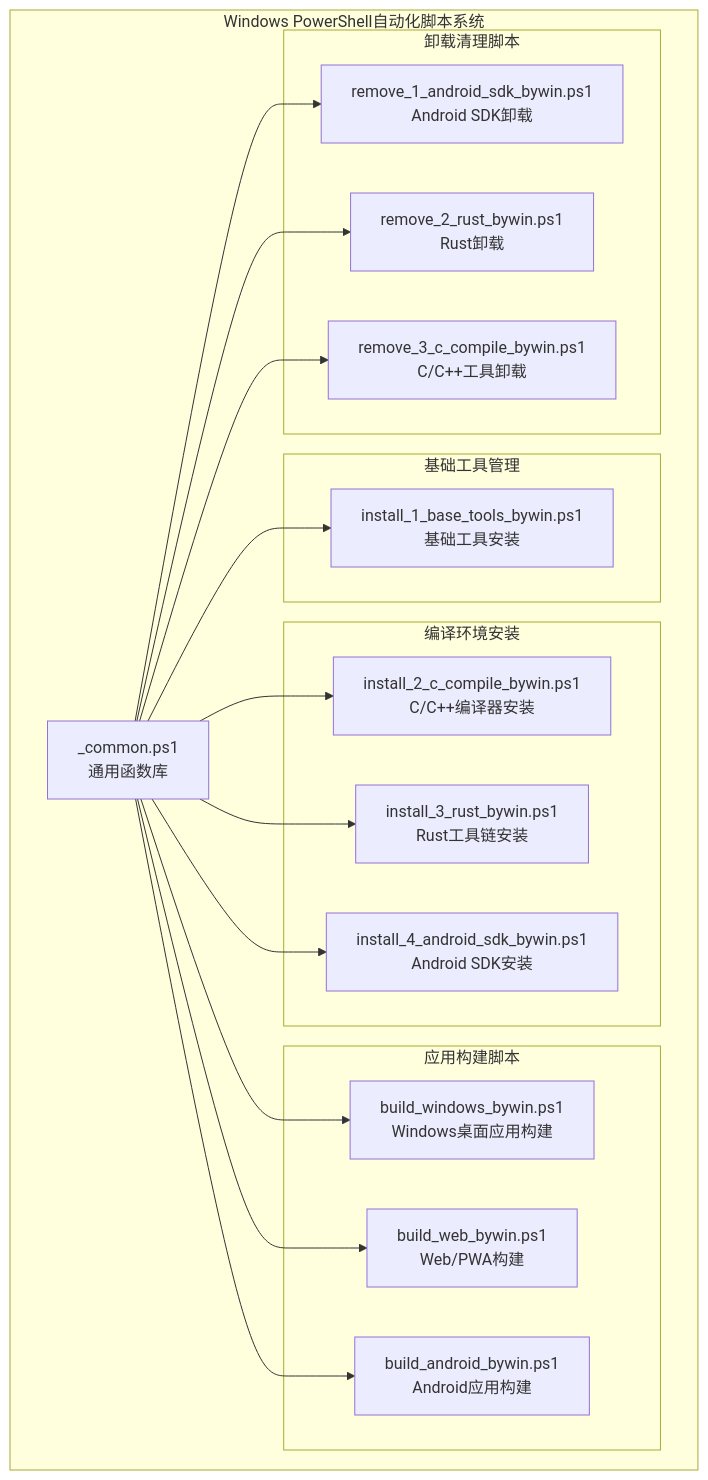
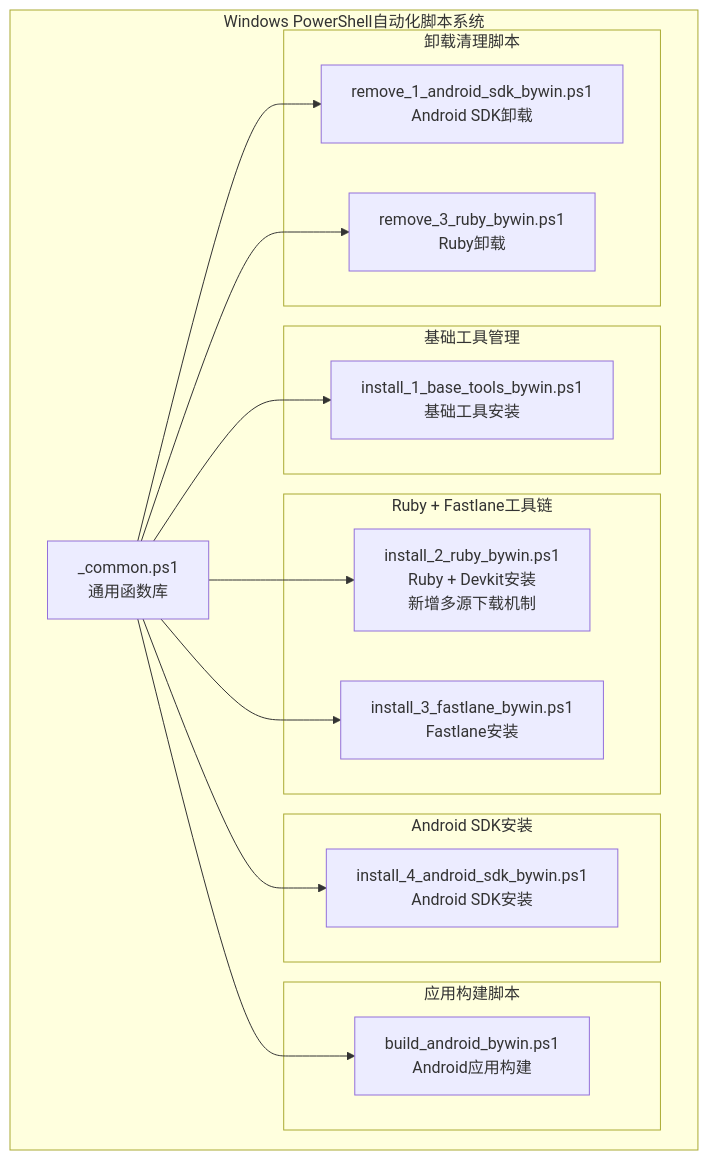
The first of 8 diagrams in .qoder/repowiki/zh/content/构建与部署/Windows PowerShell自动化.md (tea4go/Macro-Deck-Client-App), drawn with Mermaid before and after one commit. The commit also changed other lines of this file and 15 other files, not shown here.

````diff
--- a/.qoder/repowiki/zh/content/构建与部署/Windows PowerShell自动化.md
+++ b/.qoder/repowiki/zh/content/构建与部署/Windows PowerShell自动化.md
@@ -51,34 +50,30 @@
 ```mermaid
 graph TB
 subgraph "Windows PowerShell自动化脚本系统"
 Common[_common.ps1<br/>通用函数库]
 subgraph "基础工具管理"
 BaseTools[install_1_base_tools_bywin.ps1<br/>基础工具安装]
 end
-subgraph "编译环境安装"
-InstallC[install_2_c_compile_bywin.ps1<br/>C/C++编译器安装]
-InstallRust[install_3_rust_bywin.ps1<br/>Rust工具链安装]
+subgraph "Ruby + Fastlane工具链"
+InstallRuby[install_2_ruby_bywin.ps1<br/>Ruby + Devkit安装<br/>新增多源下载机制]
+InstallFastlane[install_3_fastlane_bywin.ps1<br/>Fastlane安装]
+end
+subgraph "Android SDK安装"
 InstallSDK[install_4_android_sdk_bywin.ps1<br/>Android SDK安装]
 end
 subgraph "应用构建脚本"
-BuildWin[build_windows_bywin.ps1<br/>Windows桌面应用构建]
-BuildWeb[build_web_bywin.ps1<br/>Web/PWA构建]
 BuildAndroid[build_android_bywin.ps1<br/>Android应用构建]
 end
 subgraph "卸载清理脚本"
 RemoveSDK[remove_1_android_sdk_bywin.ps1<br/>Android SDK卸载]
-RemoveRust[remove_2_rust_bywin.ps1<br/>Rust卸载]
-RemoveC[remove_3_c_compile_bywin.ps1<br/>C/C++工具卸载]
+RemoveRuby[remove_3_ruby_bywin.ps1<br/>Ruby卸载]
 end
 Common --> BaseTools
-Common --> InstallC
-Common --> InstallRust
+Common --> InstallRuby
+Common --> InstallFastlane
 Common --> InstallSDK
-Common --> BuildWin
-Common --> BuildWeb
 Common --> BuildAndroid
 Common --> RemoveSDK
-Common --> RemoveRust
-Common --> RemoveC
+Common --> RemoveRuby
 end
 ```
````
